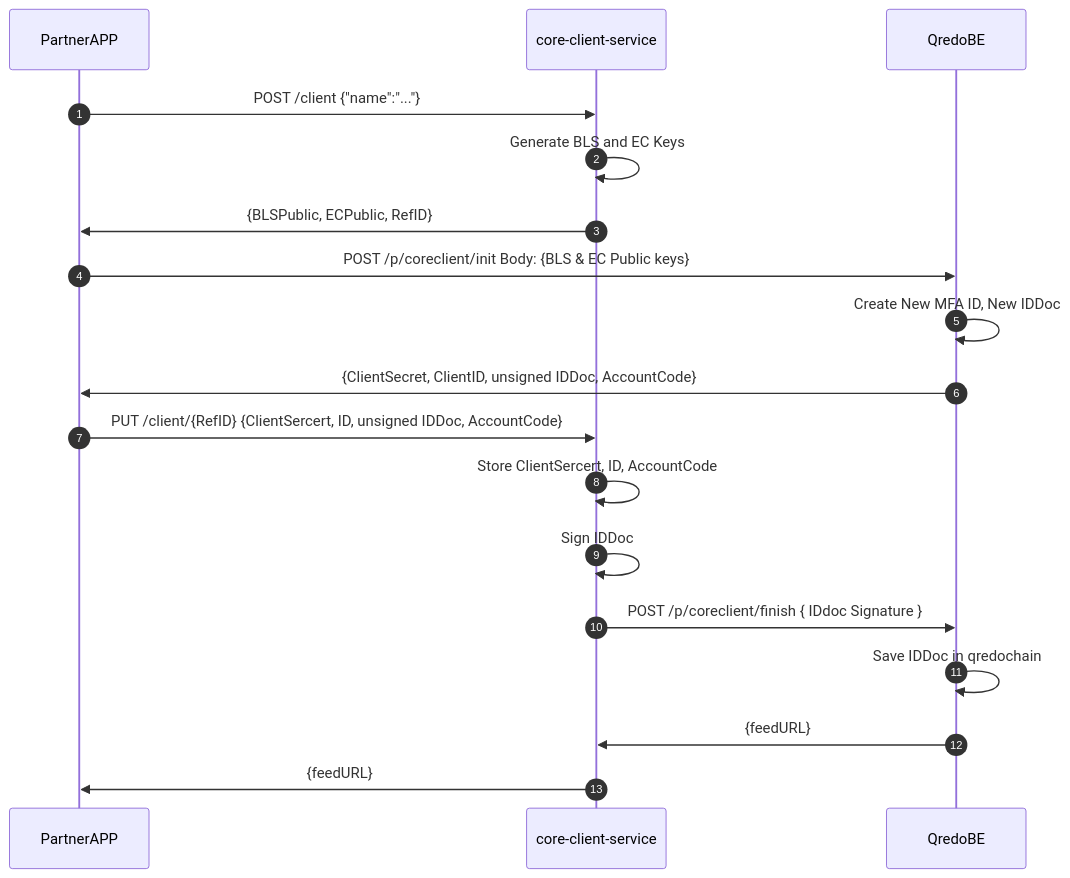
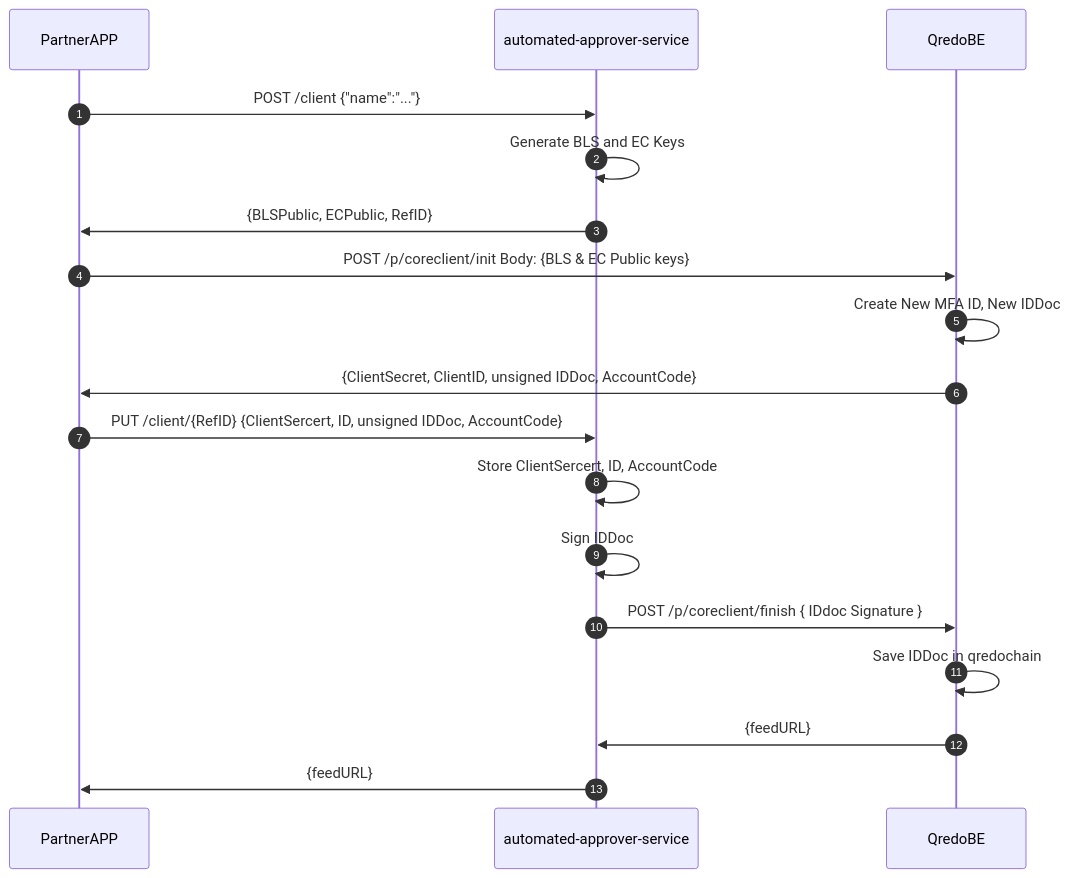
The first of 3 diagrams in doc/usage.md (qredo/signing-agent), drawn with Mermaid before and after one commit. The commit also changed other lines of this file and 1 other file, not shown here.

Commit message:
CE-35 - replace phrase core-client with automated-approver - the text

````diff
--- a/doc/usage.md
+++ b/doc/usage.md
@@ -21,17 +21,17 @@
 ```mermaid
 sequenceDiagram
   autonumber
-  PartnerAPP->>core-client-service:POST /client {"name":"..."}
-  core-client-service->>core-client-service: Generate BLS and EC Keys
-  core-client-service->>PartnerAPP: {BLSPublic, ECPublic, RefID}
+  PartnerAPP->>automated-approver-service:POST /client {"name":"..."}
+  automated-approver-service->>automated-approver-service: Generate BLS and EC Keys
+  automated-approver-service->>PartnerAPP: {BLSPublic, ECPublic, RefID}
   PartnerAPP->>QredoBE: POST /p/coreclient/init Body: {BLS & EC Public keys}
   QredoBE->>QredoBE: Create New MFA ID, New IDDoc
   QredoBE->>PartnerAPP:{ClientSecret, ClientID, unsigned IDDoc, AccountCode}
-  PartnerAPP->>core-client-service: PUT /client/{RefID} {ClientSercert, ID, unsigned IDDoc, AccountCode}
-  core-client-service->>core-client-service: Store ClientSercert, ID, AccountCode
-  core-client-service->>core-client-service: Sign IDDoc
-  core-client-service->>QredoBE: POST /p/coreclient/finish { IDdoc Signature }
+  PartnerAPP->>automated-approver-service: PUT /client/{RefID} {ClientSercert, ID, unsigned IDDoc, AccountCode}
+  automated-approver-service->>automated-approver-service: Store ClientSercert, ID, AccountCode
+  automated-approver-service->>automated-approver-service: Sign IDDoc
+  automated-approver-service->>QredoBE: POST /p/coreclient/finish { IDdoc Signature }
   QredoBE->>QredoBE: Save IDDoc in qredochain
-  QredoBE->>core-client-service: {feedURL} 
-  core-client-service->>PartnerAPP: {feedURL}
+  QredoBE->>automated-approver-service: {feedURL} 
+  automated-approver-service->>PartnerAPP: {feedURL}
  ```
````
